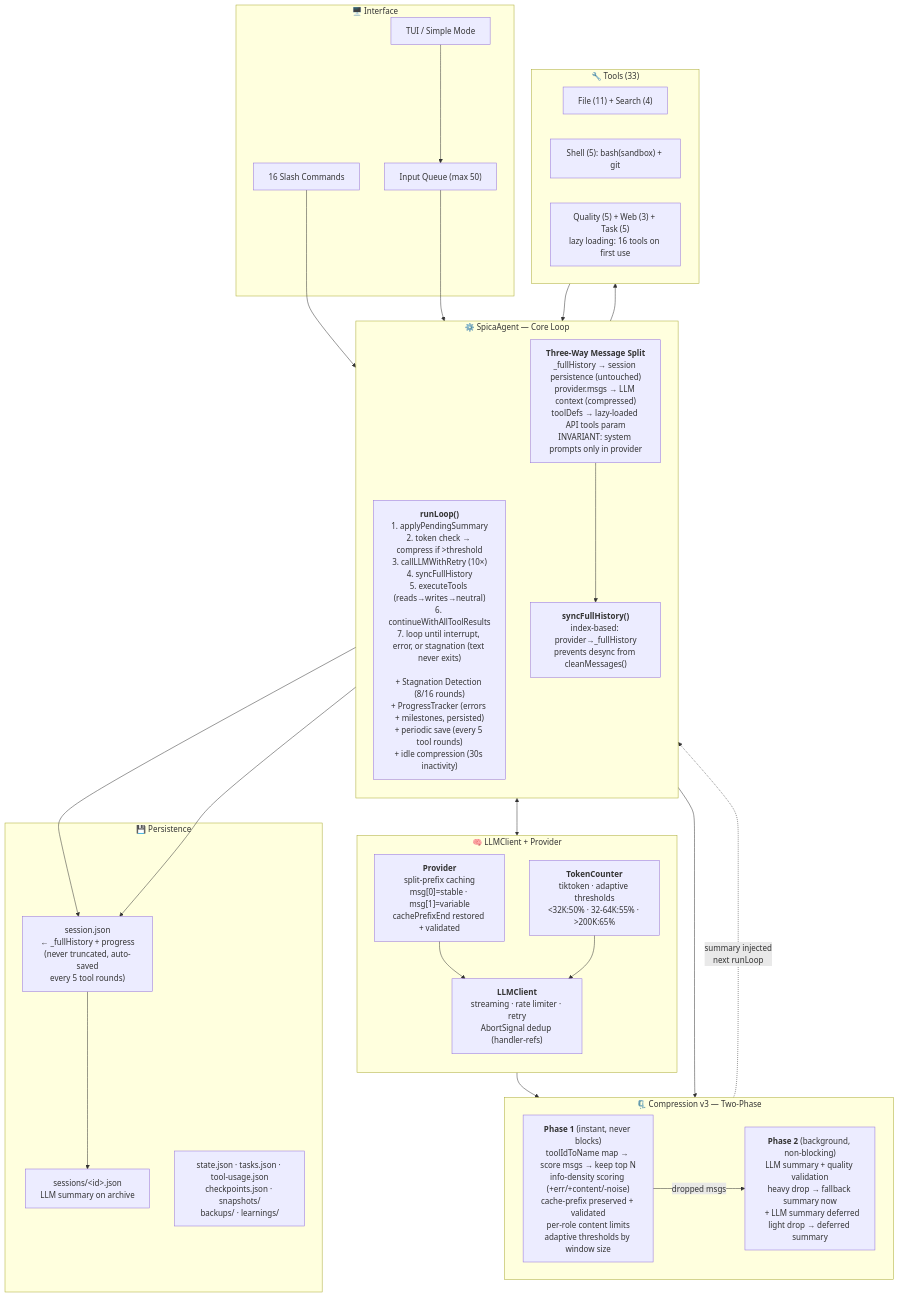
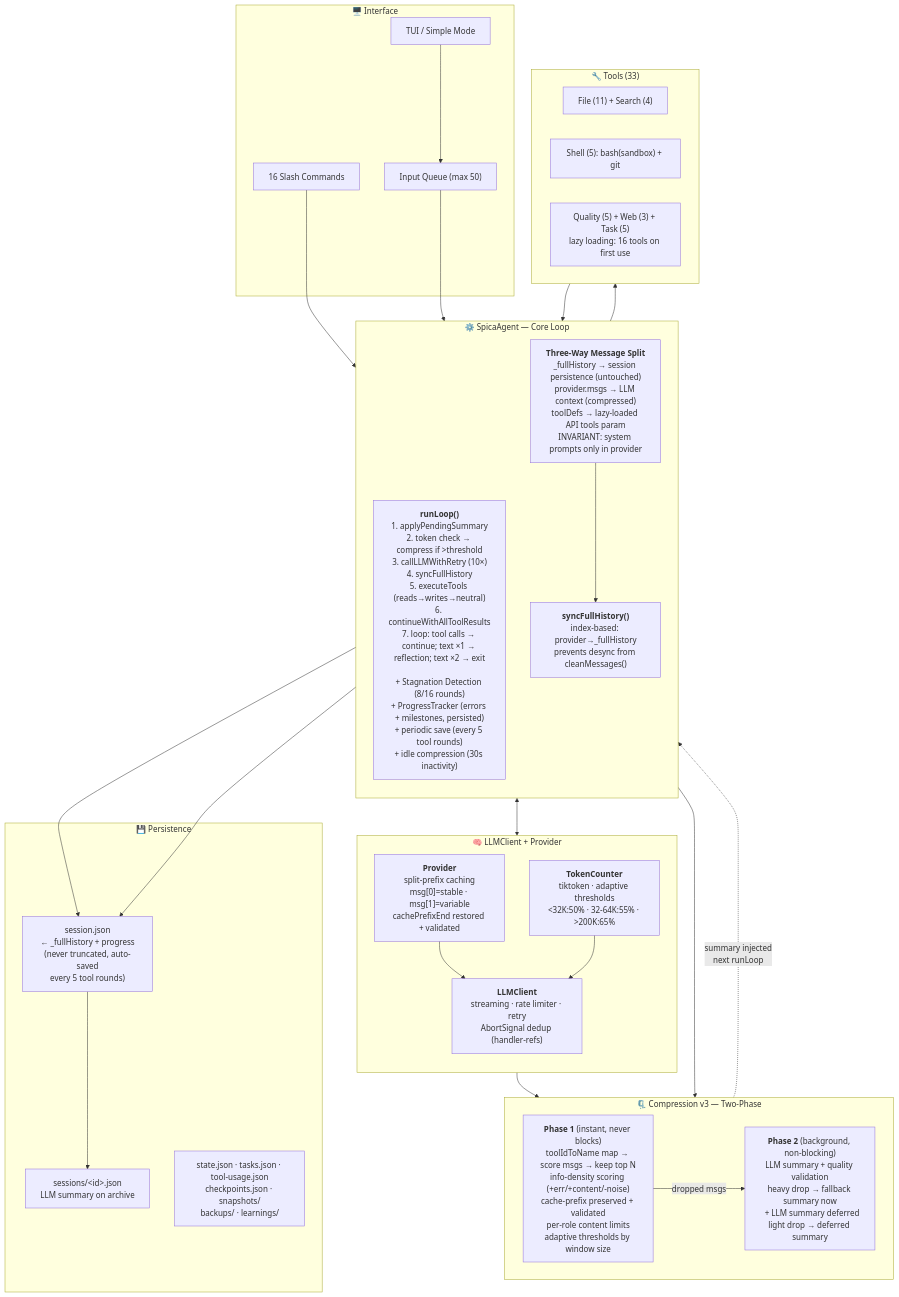
One commit to linnin233/spica-cli changed the diagram in docs/architecture-simplified.mermaid. Above: the diagram before and after it, drawn with Mermaid. The commit also changed 4 other files, not shown here.

First line of the commit message:
fix(agent): one free reflection after tool execution, exit on second consecutive text

```diff
--- a/docs/architecture-simplified.mermaid
+++ b/docs/architecture-simplified.mermaid
@@ -1,65 +1,65 @@
 graph TB
     %% ═══════════════════════════════════════════════════════
     %% spica-cli Architecture — Simplified Version
     %% Focus: core data flows, key invariants, compression lifecycle
     %% Updated 2026-06-14 after audit (27 issues resolved: timeouts removed, streaming fixed, todo display fixed, finished-based completion removed)
     %% ═══════════════════════════════════════════════════════
 
     subgraph UI["🖥️ Interface"]
         TUI["TUI / Simple Mode"]
         CMD["16 Slash Commands"]
         IQ["Input Queue (max 50)"]
     end
 
     subgraph AGENT["⚙️ SpicaAgent — Core Loop"]
         direction TB
-        LOOP["<b>runLoop()</b><br/>1. applyPendingSummary<br/>2. token check → compress if >threshold<br/>3. callLLMWithRetry (10×)<br/>4. syncFullHistory<br/>5. executeTools (reads→writes→neutral)<br/>6. continueWithAllToolResults<br/>7. loop until interrupt, error, or stagnation (text never exits)<br/><br/>+ Stagnation Detection (8/16 rounds)<br/>+ ProgressTracker (errors + milestones, persisted)<br/>+ periodic save (every 5 tool rounds)<br/>+ idle compression (30s inactivity)"]
+        LOOP["<b>runLoop()</b><br/>1. applyPendingSummary<br/>2. token check → compress if >threshold<br/>3. callLLMWithRetry (10×)<br/>4. syncFullHistory<br/>5. executeTools (reads→writes→neutral)<br/>6. continueWithAllToolResults<br/>7. loop: tool calls → continue; text ×1 → reflection; text ×2 → exit<br/><br/>+ Stagnation Detection (8/16 rounds)<br/>+ ProgressTracker (errors + milestones, persisted)<br/>+ periodic save (every 5 tool rounds)<br/>+ idle compression (30s inactivity)"]
         MSG["<b>Three-Way Message Split</b><br/>_fullHistory → session persistence (untouched)<br/>provider.msgs → LLM context (compressed)<br/>toolDefs → lazy-loaded API tools param<br/>INVARIANT: system prompts only in provider"]
         SYNC["<b>syncFullHistory()</b><br/>index-based: provider→_fullHistory<br/>prevents desync from cleanMessages()"]
     end
 
     subgraph COMPRESS["🗜️ Compression v3 — Two-Phase"]
         direction LR
         P1["<b>Phase 1</b> (instant, never blocks)<br/>toolIdToName map → score msgs → keep top N<br/>info-density scoring (+err/+content/-noise)<br/>cache-prefix preserved + validated<br/>per-role content limits<br/>adaptive thresholds by window size"]
         P2["<b>Phase 2</b> (background, non-blocking)<br/>LLM summary + quality validation<br/>heavy drop → fallback summary now<br/>  + LLM summary deferred<br/>light drop → deferred summary"]
         P1 -->|"dropped msgs"| P2
         P2 -.->|"summary injected<br/>next runLoop"| LOOP
     end
 
     subgraph LLM["🧠 LLMClient + Provider"]
         direction TB
         CLIENT["<b>LLMClient</b><br/>streaming · rate limiter · retry<br/>AbortSignal dedup (handler-refs)"]
         PROV["<b>Provider</b><br/>split-prefix caching<br/>msg[0]=stable · msg[1]=variable<br/>cachePrefixEnd restored + validated"]
         TOKEN["<b>TokenCounter</b><br/>tiktoken · adaptive thresholds<br/><32K:50% · 32-64K:55% · >200K:65%"]
     end
 
     subgraph TOOLS["🔧 Tools (33)"]
         FILE["File (11) + Search (4)"]
         SHELL["Shell (5): bash(sandbox) + git"]
         QA["Quality (5) + Web (3) + Task (5)<br/>lazy loading: 16 tools on first use"]
     end
 
     subgraph STORAGE["💾 Persistence"]
         ACTIVE["session.json<br/>← _fullHistory + progress<br/>(never truncated, auto-saved<br/>every 5 tool rounds)"]
         HIST["sessions/&lt;id&gt;.json<br/>LLM summary on archive"]
         OTHER["state.json · tasks.json · tool-usage.json<br/>checkpoints.json · snapshots/<br/>backups/ · learnings/"]
     end
 
     %% Edges
     TUI --> IQ
     CMD --> LOOP
     IQ --> LOOP
 
     LOOP <--> CLIENT
     PROV --> CLIENT
     TOKEN --> CLIENT
     LOOP --> P1
     TOKEN --> P1
 
     LOOP --> TOOLS
     TOOLS --> LOOP
 
     MSG --> SYNC
     SYNC --> ACTIVE
     LOOP --> ACTIVE
     ACTIVE --> HIST
```
